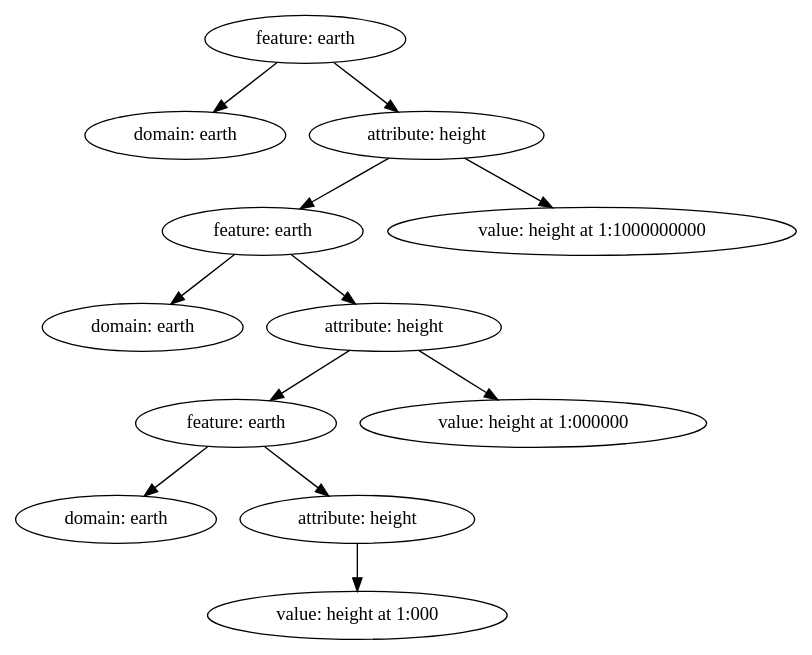
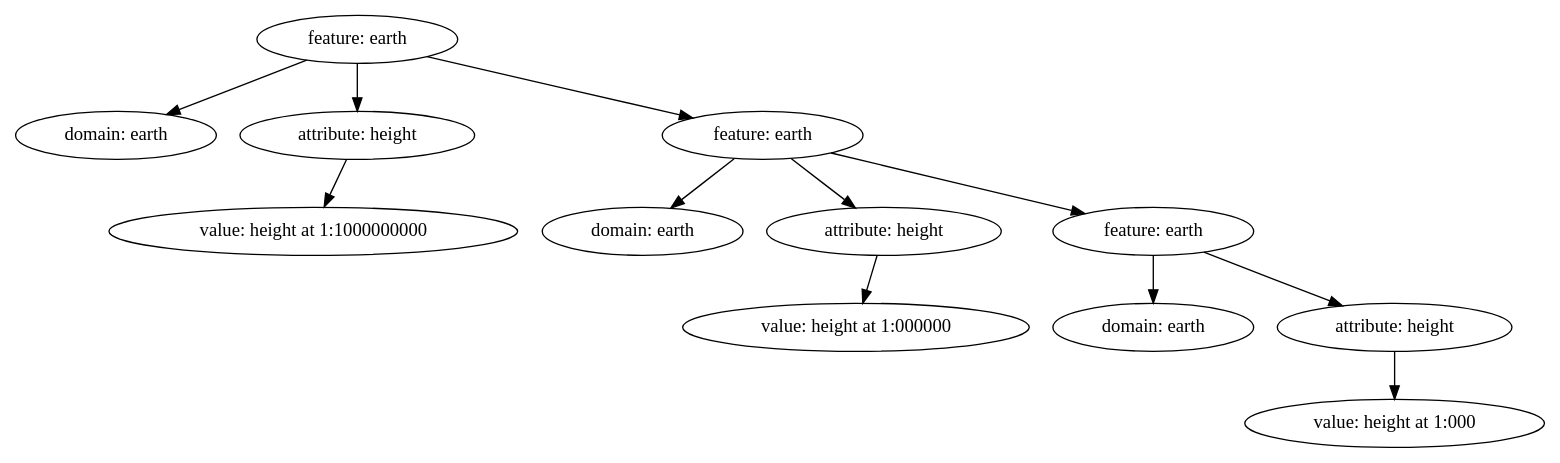
One commit to geoneric/fern changed the third of 3 diagrams in documents/Texts/DataModel/DataModel.rst. Above: the diagram before and after it, drawn with Graphviz. The commit also changed other lines of this file and 2 other files, not shown here.

```diff
--- a/documents/Texts/DataModel/DataModel.rst
+++ b/documents/Texts/DataModel/DataModel.rst
@@ -210,58 +211,58 @@
 .. graphviz::
 
    digraph Elevation {
      ordering="out"
 
      feature1[
        label="feature: earth"
      ]
      feature1Domain[
        label="domain: earth"
      ]
      feature1Attribute[
        label="attribute: height"
      ]
      feature1Value[
        label="value: height at 1:1000000000"
      ]
 
      feature2[
        label="feature: earth"
      ]
      feature2Domain[
        label="domain: earth"
      ]
      feature2Attribute[
        label="attribute: height"
      ]
      feature2Value[
        label="value: height at 1:000000"
      ]
 
      feature3[
        label="feature: earth"
      ]
      feature3Domain[
        label="domain: earth"
      ]
      feature3Attribute[
        label="attribute: height"
      ]
      feature3Value[
        label="value: height at 1:000"
      ]
 
      feature1 -> feature1Domain;
      feature1 -> feature1Attribute;
-     feature1Attribute -> feature2;
+     feature1 -> feature2;
      feature1Attribute -> feature1Value;
 
      feature2 -> feature2Domain;
      feature2 -> feature2Attribute;
-     feature2Attribute -> feature3;
+     feature2 -> feature3;
      feature2Attribute -> feature2Value;
 
      feature3 -> feature3Domain;
      feature3 -> feature3Attribute;
      feature3Attribute -> feature3Value;
   }
```
